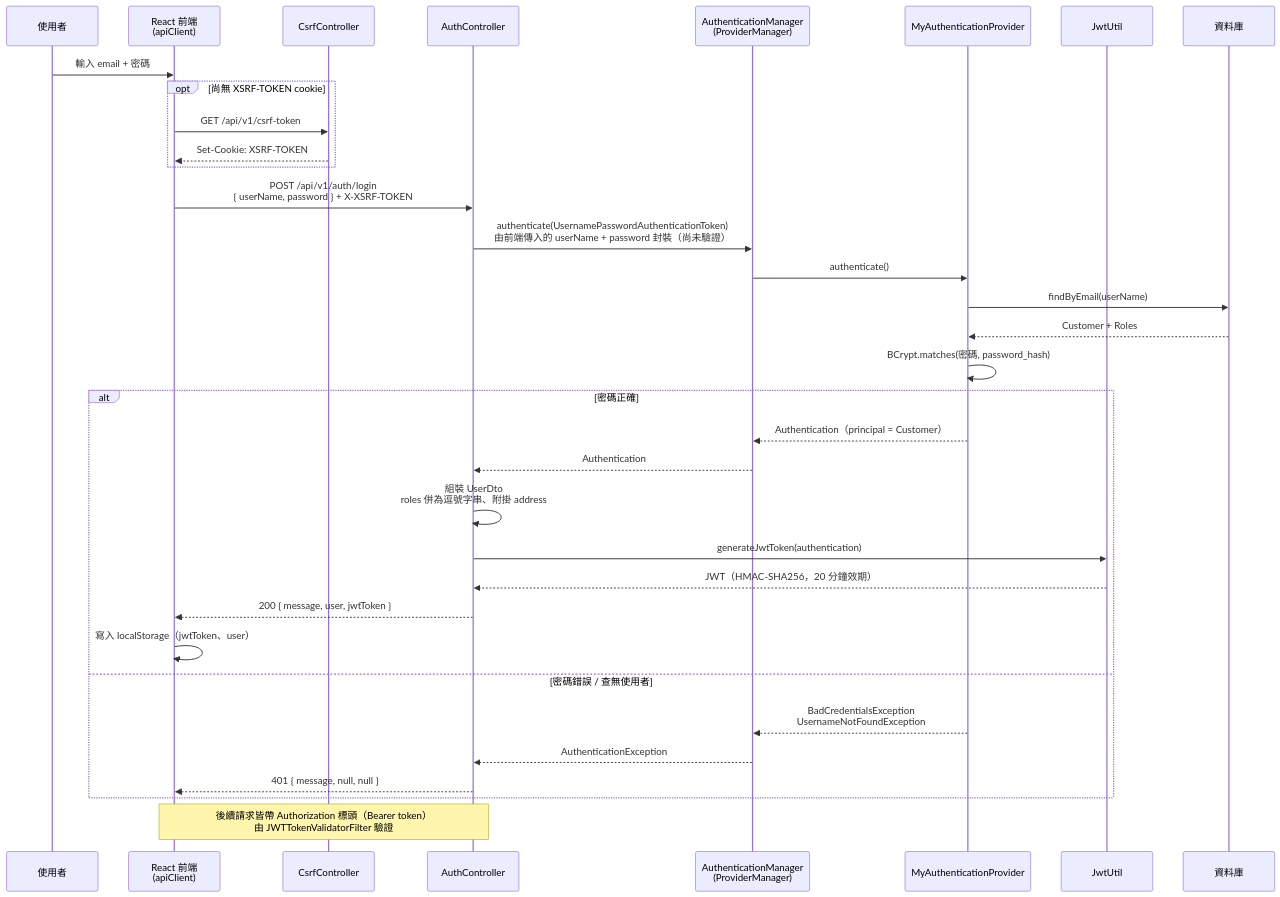
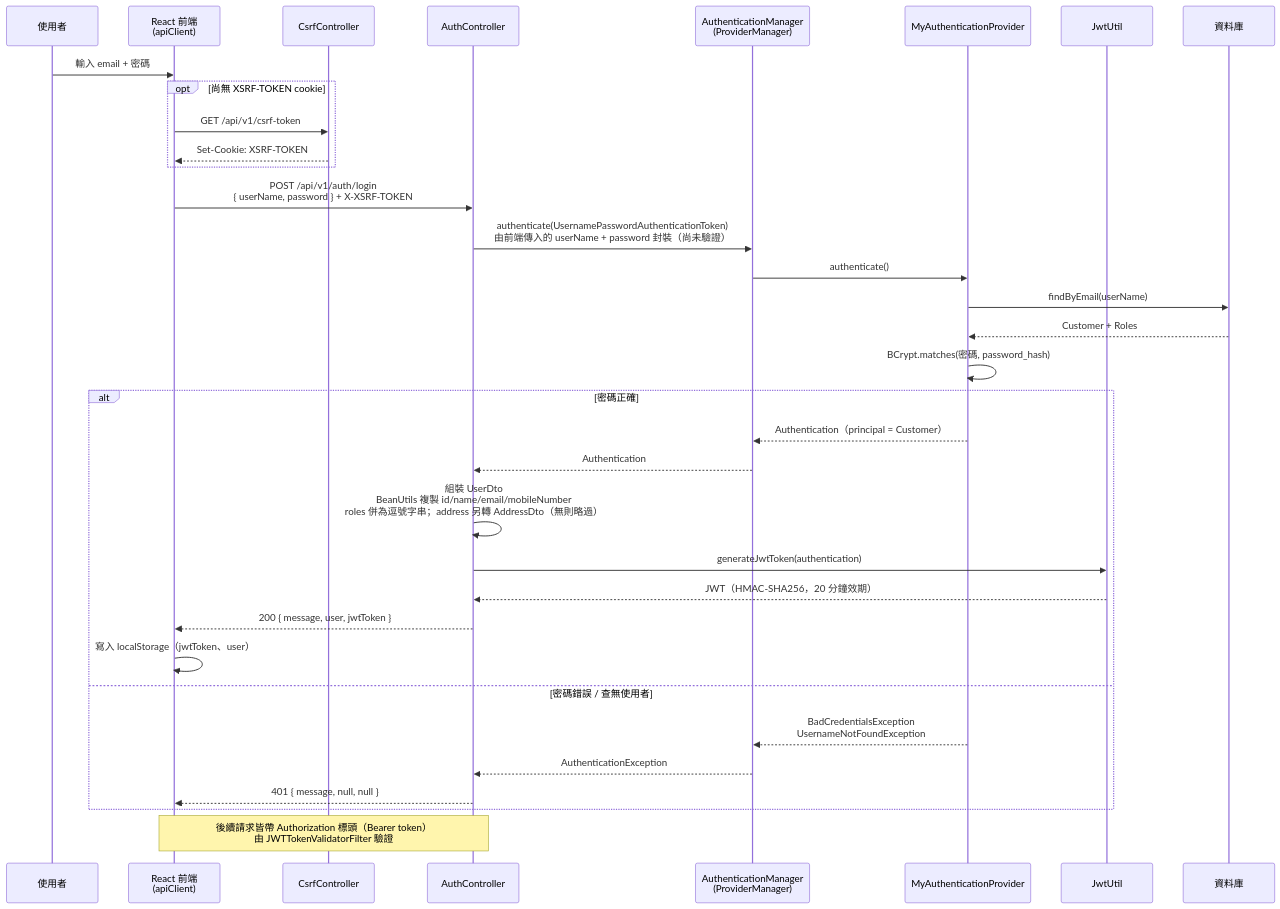
One commit to tonysk0210/react-springboot-webapp changed the second of 5 diagrams in README.md. Above: the diagram before and after it, drawn with Mermaid. The commit also changed 1 other file, not shown here.

````diff
--- a/README.md
+++ b/README.md
@@ -78,38 +78,38 @@
 ```mermaid
 sequenceDiagram
     participant U as 使用者
     participant F as React 前端<br/>(apiClient)
     participant C as CsrfController
     participant A as AuthController
     participant M as AuthenticationManager<br/>(ProviderManager)
     participant P as MyAuthenticationProvider
     participant J as JwtUtil
     participant DB as 資料庫
 
     U->>F: 輸入 email + 密碼
     opt 尚無 XSRF-TOKEN cookie
         F->>C: GET /api/v1/csrf-token
         C-->>F: Set-Cookie: XSRF-TOKEN
     end
     F->>A: POST /api/v1/auth/login<br/>{ userName, password } + X-XSRF-TOKEN
     A->>M: authenticate(UsernamePasswordAuthenticationToken)<br/>由前端傳入的 userName + password 封裝（尚未驗證）
     M->>P: authenticate()
     P->>DB: findByEmail(userName)
     DB-->>P: Customer + Roles
     P->>P: BCrypt.matches(密碼, password_hash)
     alt 密碼正確
         P-->>M: Authentication（principal = Customer）
         M-->>A: Authentication
-        A->>A: 組裝 UserDto<br/>roles 併為逗號字串、附掛 address
+        A->>A: 組裝 UserDto<br/>BeanUtils 複製 id/name/email/mobileNumber<br/>roles 併為逗號字串；address 另轉 AddressDto（無則略過）
         A->>J: generateJwtToken(authentication)
         J-->>A: JWT（HMAC-SHA256，20 分鐘效期）
         A-->>F: 200 { message, user, jwtToken }
         F->>F: 寫入 localStorage（jwtToken、user）
     else 密碼錯誤 / 查無使用者
         P-->>M: BadCredentialsException<br/>UsernameNotFoundException
         M-->>A: AuthenticationException
         A-->>F: 401 { message, null, null }
     end
 
     Note over F,A: 後續請求皆帶 Authorization 標頭（Bearer token）<br/>由 JWTTokenValidatorFilter 驗證
 ```
````
